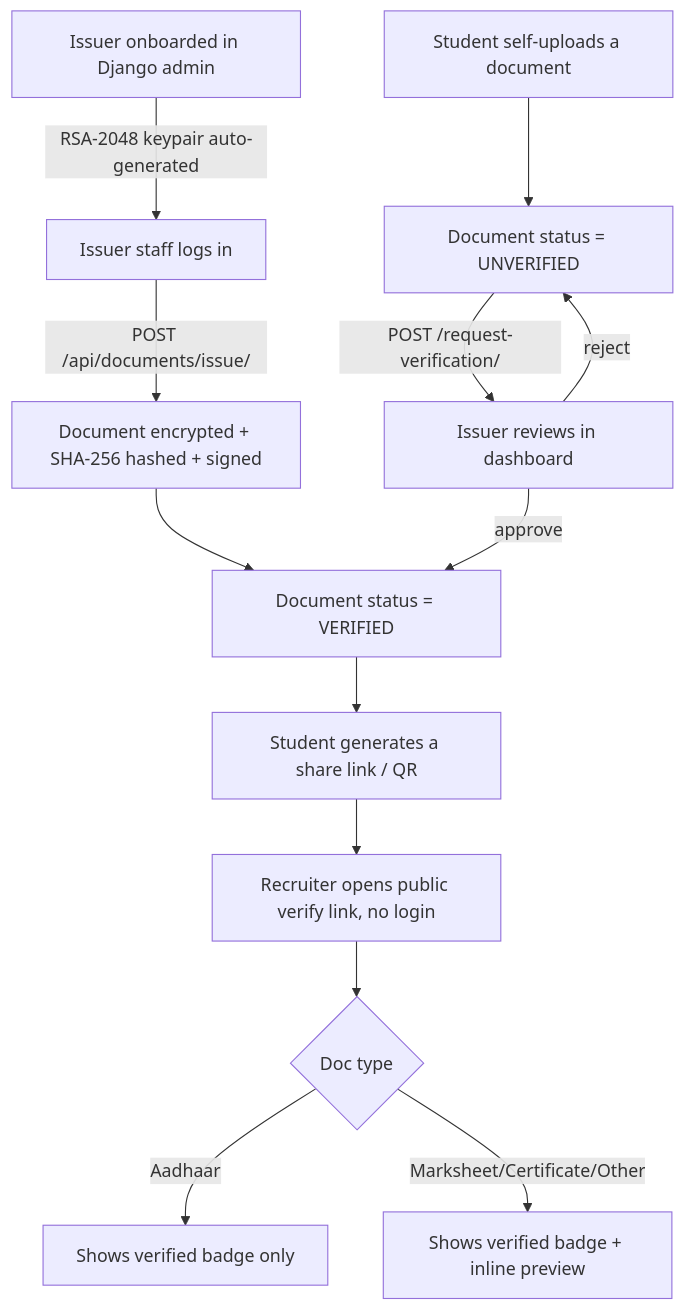
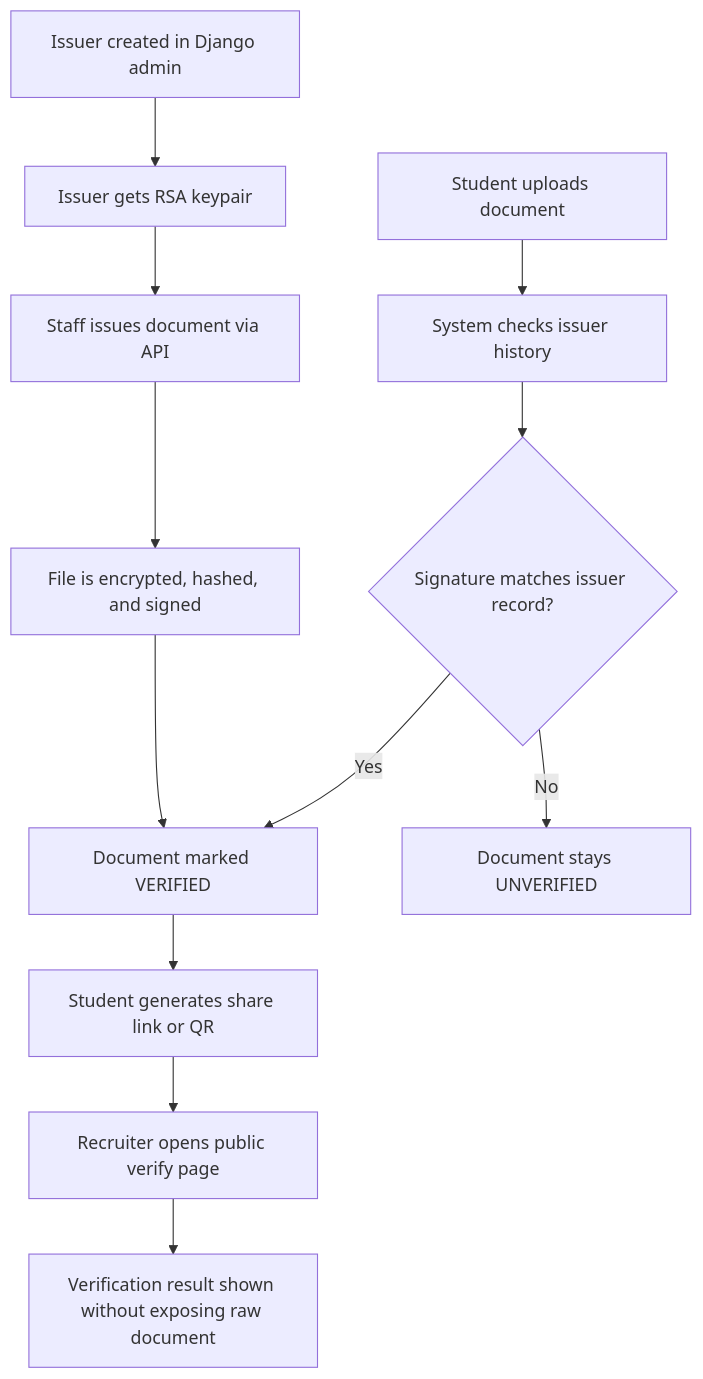
Before and after one commit to nandini11130/DigiDocker: the diagram in README.md, drawn with Mermaid. The commit also changed other lines of this file, not shown here.

````diff
--- a/README.md
+++ b/README.md
@@ -29,17 +45,16 @@
 ```mermaid
 flowchart TD
-    A[Issuer onboarded in Django admin] -->|RSA-2048 keypair auto-generated| B[Issuer staff logs in]
-    B -->|POST /api/documents/issue/| C[Document encrypted + SHA-256 hashed + signed]
-    C --> D[Document status = VERIFIED]
+    A[Issuer created in Django admin] --> B[Issuer gets RSA keypair]
+    B --> C[Staff issues document via API]
+    C --> D[File is encrypted, hashed, and signed]
+    D --> E[Document marked VERIFIED]
 
-    E[Student self-uploads a document] --> F[Document status = UNVERIFIED]
-    F -->|POST /request-verification/| G[Issuer reviews in dashboard]
-    G -->|approve| D
-    G -->|reject| F
+    F[Student uploads document] --> G[System checks issuer history]
+    G --> H{Signature matches issuer record?}
+    H -->|Yes| E
+    H -->|No| I[Document stays UNVERIFIED]
 
-    D --> H[Student generates a share link / QR]
-    H --> I[Recruiter opens public verify link, no login]
-    I --> J{Doc type}
-    J -->|Aadhaar| K[Shows verified badge only]
-    J -->|Marksheet/Certificate/Other| L[Shows verified badge + inline preview]
+    E --> J[Student generates share link or QR]
+    J --> K[Recruiter opens public verify page]
+    K --> L[Verification result shown without exposing raw document]
 ```
````
